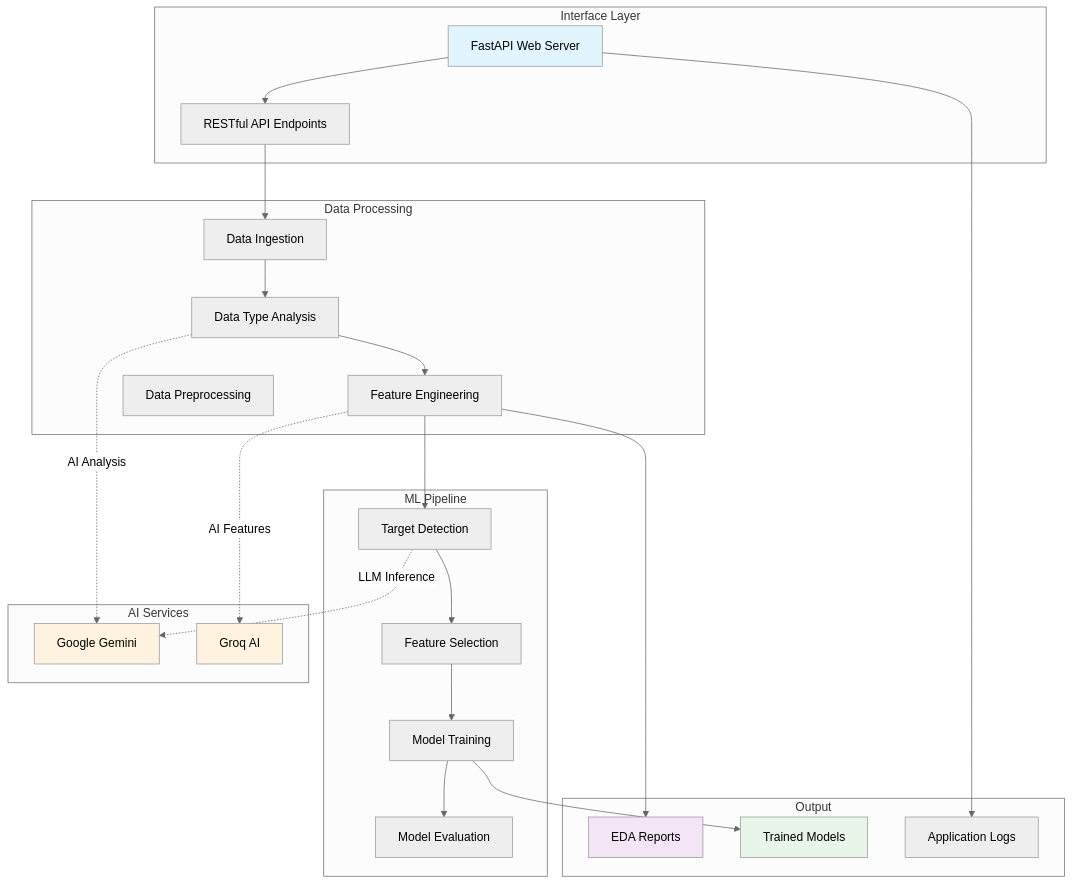
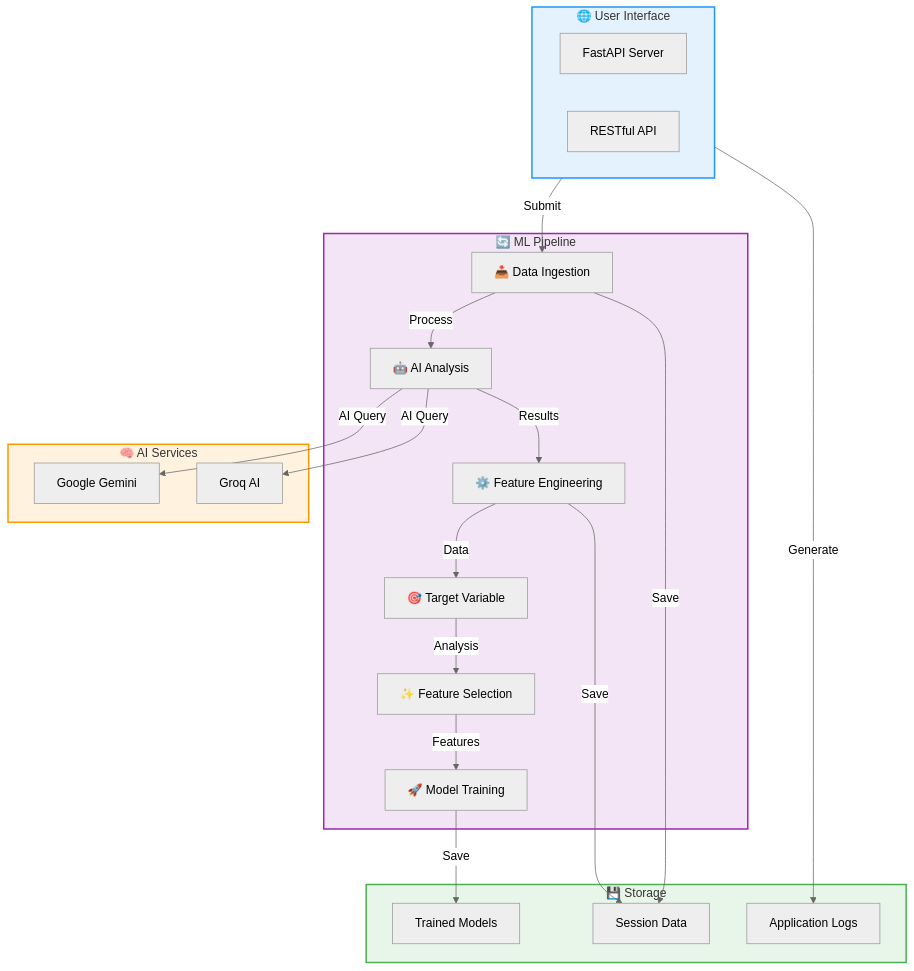
The first of 2 diagrams in README.md (Mayuresh-Bairagi/automl), drawn with Mermaid (neutral theme) before and after one commit. The commit also changed other lines of this file, not shown here.

Commit message:
Fix: Remove merge conflicts and improve diagrams with beautiful mermaid charts

````diff
--- a/README.md
+++ b/README.md
@@ -166,55 +163,46 @@
 ```mermaid
-graph TB
-    subgraph "Interface Layer"
-        WEB[FastAPI Web Server]
-        API[RESTful API Endpoints]
+flowchart TB
+    subgraph Interface["🌐 User Interface"]
+        WEB["FastAPI Server"]
+        API["RESTful API"]
     end
     
-    subgraph "Data Processing"
-        INGEST[Data Ingestion]
-        ANALYZE[Data Type Analysis]
-        ENGINEER[Feature Engineering]
-        Clean[Data Preprocessing]
+    subgraph Pipeline["🔄 ML Pipeline"]
+        IN["📥 Data Ingestion"]
+        ANAL["🤖 AI Analysis"]
+        ENG["⚙️ Feature Engineering"]
+        TGT["🎯 Target Variable"]
+        SEL["✨ Feature Selection"]
+        TRAIN["🚀 Model Training"]
     end
     
-    subgraph "ML Pipeline"
-        TARGET[Target Detection]
-        SELECT[Feature Selection]
-        TRAIN[Model Training]
-        EVAL[Model Evaluation]
+    subgraph AI["🧠 AI Services"]
+        GM["Google Gemini"]
+        GQ["Groq AI"]
     end
     
-    subgraph "AI Services"
-        GEMINI[Google Gemini]
-        GROQ[Groq AI]
+    subgraph Storage["💾 Storage"]
+        DATA["Session Data"]
+        MODELS["Trained Models"]
+        LOGS["Application Logs"]
     end
     
-    subgraph "Output"
-        REPORTS[EDA Reports]
-        MODELS[Trained Models]
-        LOGS[Application Logs]
-    end
+    Interface -->|Submit| IN
+    IN -->|Process| ANAL
+    ANAL -->|AI Query| GM
+    ANAL -->|AI Query| GQ
+    ANAL -->|Results| ENG
+    ENG -->|Data| TGT
+    TGT -->|Analysis| SEL
+    SEL -->|Features| TRAIN
     
-    WEB --> API
-    API --> INGEST
-    INGEST --> ANALYZE
-    ANALYZE --> ENGINEER
-    ENGINEER --> TARGET
-    TARGET --> SELECT
-    SELECT --> TRAIN
-    TRAIN --> EVAL
+    IN -->|Save| DATA
+    ENG -->|Save| DATA
+    TRAIN -->|Save| MODELS
+    Interface -->|Generate| LOGS
     
-    ANALYZE -.->|AI Analysis| GEMINI
-    ENGINEER -.->|AI Features| GROQ
-    TARGET -.->|LLM Inference| GEMINI
-    
-    ENGINEER --> REPORTS
-    TRAIN --> MODELS
-    WEB --> LOGS
-    
-    style WEB fill:#e1f5fe
-    style GEMINI fill:#fff3e0
-    style GROQ fill:#fff3e0
-    style MODELS fill:#e8f5e9
-    style REPORTS fill:#f3e5f5
+    style Interface fill:#e3f2fd,stroke:#2196f3,stroke-width:2px
+    style Pipeline fill:#f3e5f5,stroke:#9c27b0,stroke-width:2px
+    style AI fill:#fff3e0,stroke:#ff9800,stroke-width:2px
+    style Storage fill:#e8f5e9,stroke:#4caf50,stroke-width:2px
 ```
````
